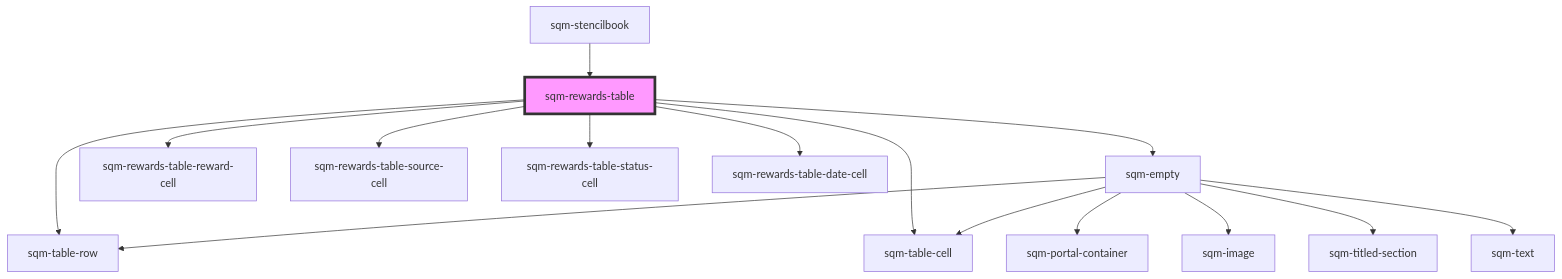
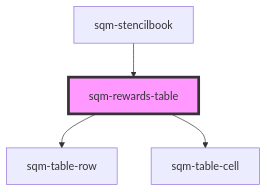
The diagram in packages/mint-components/src/components/sqm-rewards-table/readme.md (saasquatch/program-tools), drawn with Mermaid before and after one commit. The commit also changed other lines of this file and 10 other files, not shown here.

````diff
--- a/packages/mint-components/src/components/sqm-rewards-table/readme.md
+++ b/packages/mint-components/src/components/sqm-rewards-table/readme.md
@@ -40,18 +35,7 @@
 ```mermaid
 graph TD;
   sqm-rewards-table --> sqm-table-row
   sqm-rewards-table --> sqm-table-cell
-  sqm-rewards-table --> sqm-empty
-  sqm-rewards-table --> sqm-rewards-table-reward-cell
-  sqm-rewards-table --> sqm-rewards-table-source-cell
-  sqm-rewards-table --> sqm-rewards-table-status-cell
-  sqm-rewards-table --> sqm-rewards-table-date-cell
-  sqm-empty --> sqm-portal-container
-  sqm-empty --> sqm-image
-  sqm-empty --> sqm-titled-section
-  sqm-empty --> sqm-text
-  sqm-empty --> sqm-table-row
-  sqm-empty --> sqm-table-cell
   sqm-stencilbook --> sqm-rewards-table
   style sqm-rewards-table fill:#f9f,stroke:#333,stroke-width:4px
 ```
````
